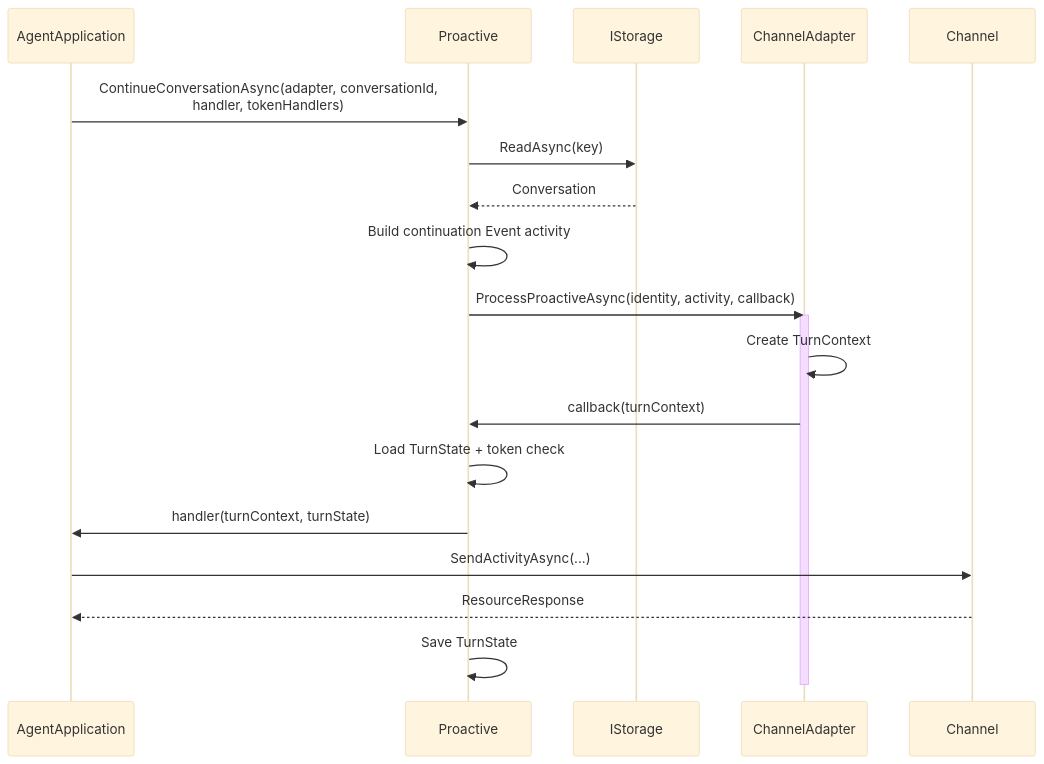
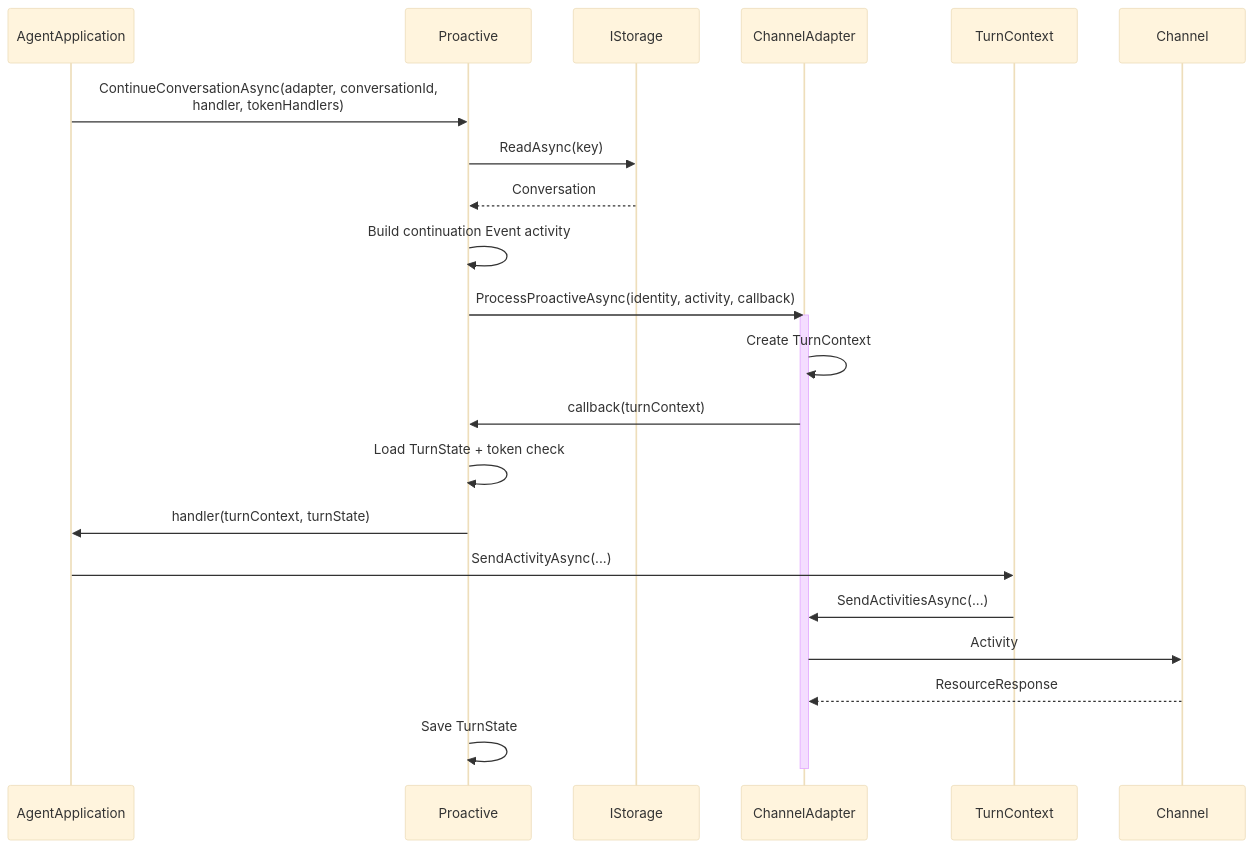
The fifth of 5 diagrams in docs/proactive-sequence-diagram.md (microsoft/Agents-for-net), drawn with Mermaid (base theme) before and after one commit. The commit also changed other lines of this file and 11 other files, not shown here.

First line of the commit message:
docs: refresh architecture and sequence diagrams

````diff
--- a/docs/proactive-sequence-diagram.md
+++ b/docs/proactive-sequence-diagram.md
@@ -169,24 +184,27 @@
 ```mermaid
 sequenceDiagram
     participant AgentApplication
     participant Proactive
     participant IStorage
     participant ChannelAdapter
+    participant TurnContext
     participant Channel
 
     AgentApplication->>Proactive: ContinueConversationAsync(adapter, conversationId,<br/>handler, tokenHandlers)
     Proactive->>IStorage: ReadAsync(key)
     IStorage-->>Proactive: Conversation
 
     Proactive->>Proactive: Build continuation Event activity
     Proactive->>ChannelAdapter: ProcessProactiveAsync(identity, activity, callback)
     activate ChannelAdapter
     ChannelAdapter->>ChannelAdapter: Create TurnContext
     ChannelAdapter->>Proactive: callback(turnContext)
     Proactive->>Proactive: Load TurnState + token check
     Proactive->>AgentApplication: handler(turnContext, turnState)
-    AgentApplication->>Channel: SendActivityAsync(...)
-    Channel-->>AgentApplication: ResourceResponse
+    AgentApplication->>TurnContext: SendActivityAsync(...)
+    TurnContext->>ChannelAdapter: SendActivitiesAsync(...)
+    ChannelAdapter->>Channel: Activity
+    Channel-->>ChannelAdapter: ResourceResponse
     Proactive->>Proactive: Save TurnState
     deactivate ChannelAdapter
 ```
````
